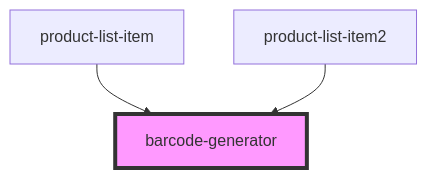
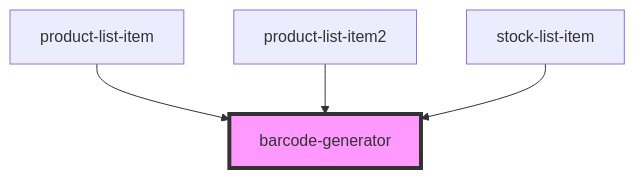
One commit to PharmaLedger-IMI/fgt-workspace changed the diagram in pdm-web-components/src/components/barcode-generator/readme.md. Above: the diagram before and after it, drawn with Mermaid. The commit also changed other lines of this file and 20 other files, not shown here.

````diff
--- a/pdm-web-components/src/components/barcode-generator/readme.md
+++ b/pdm-web-components/src/components/barcode-generator/readme.md
@@ -28,6 +29,7 @@
 ```mermaid
 graph TD;
   product-list-item --> barcode-generator
   product-list-item2 --> barcode-generator
+  stock-list-item --> barcode-generator
   style barcode-generator fill:#f9f,stroke:#333,stroke-width:4px
 ```
````
